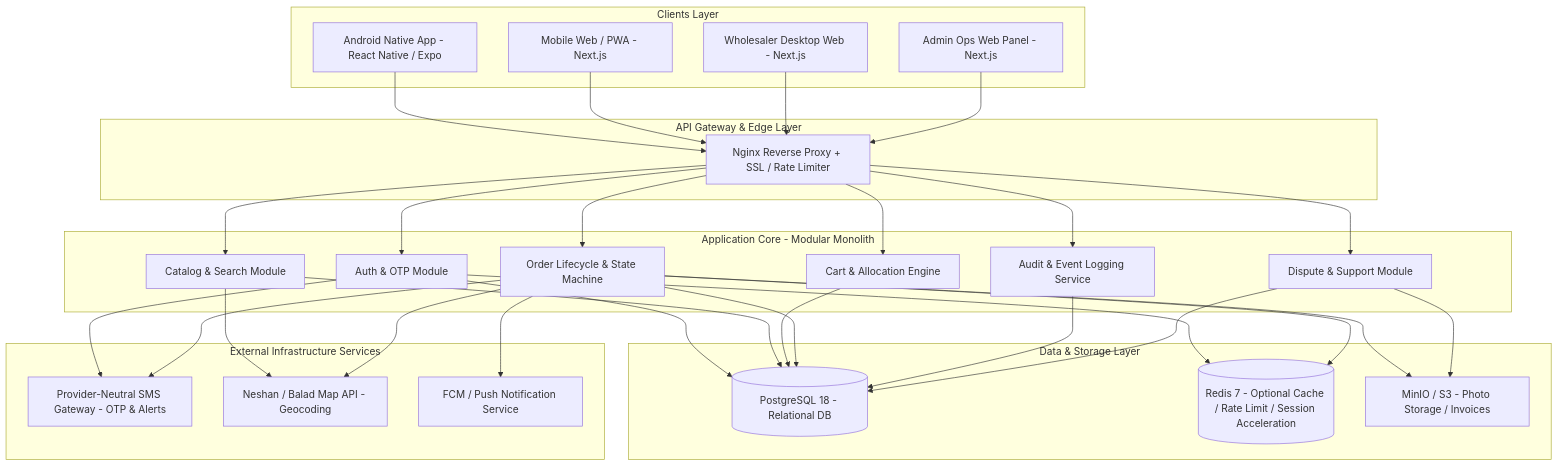
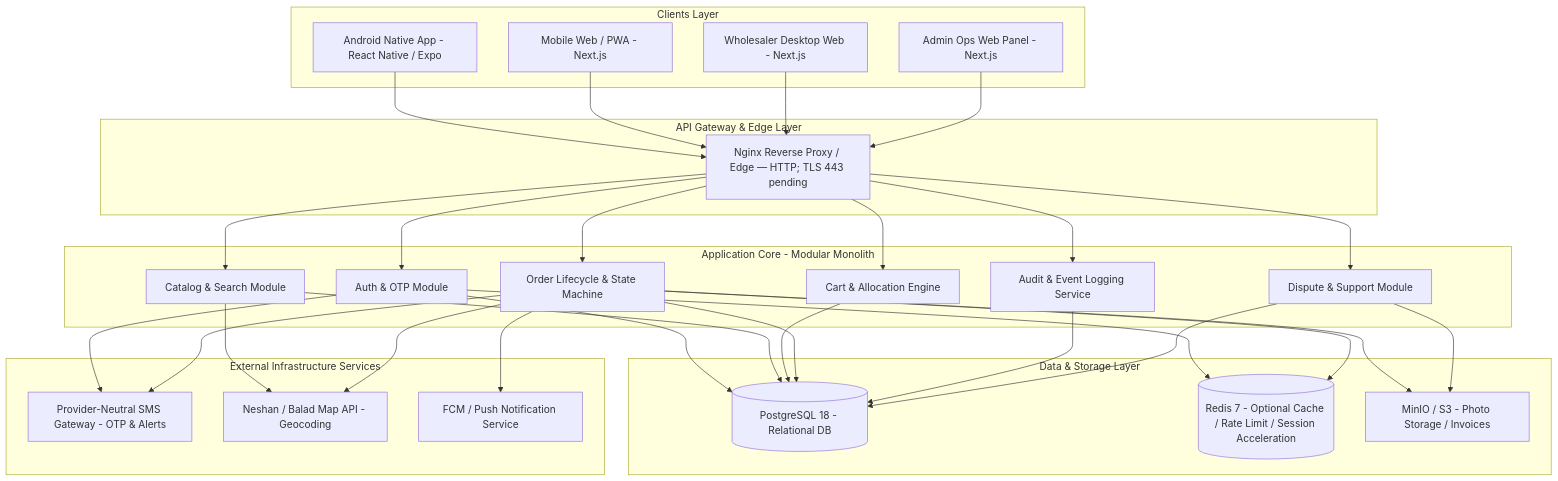
One commit to rrasi90/POL-2.3 changed the first of 2 diagrams in 06_PRODUCT/Technical_Architecture_Spec.md. Above: the diagram before and after it, drawn with Mermaid. The commit also changed other lines of this file, not shown here.

Commit message:
docs: reconcile technical architecture with live VPS runtime

````diff
--- a/06_PRODUCT/Technical_Architecture_Spec.md
+++ b/06_PRODUCT/Technical_Architecture_Spec.md
@@ -11,43 +11,43 @@
 ```mermaid
 flowchart TD
     subgraph Clients Layer
         A1[Android Native App - React Native / Expo]
         A2[Mobile Web / PWA - Next.js]
         A3[Wholesaler Desktop Web - Next.js]
         A4[Admin Ops Web Panel - Next.js]
     end
 
     subgraph API Gateway & Edge Layer
-        B1[Nginx Reverse Proxy + SSL / Rate Limiter]
+        B1[Nginx Reverse Proxy / Edge — HTTP; TLS 443 pending]
     end
 
     subgraph Application Core - Modular Monolith
         C1[Auth & OTP Module]
         C2[Catalog & Search Module]
         C3[Cart & Allocation Engine]
         C4[Order Lifecycle & State Machine]
         C5[Audit & Event Logging Service]
         C6[Dispute & Support Module]
     end
 
     subgraph Data & Storage Layer
         D1[(PostgreSQL 18 - Relational DB)]
         D2[(Redis 7 - Optional Cache / Rate Limit / Session Acceleration)]
         D3[MinIO / S3 - Photo Storage / Invoices]
     end
 
     subgraph External Infrastructure Services
         E1[Provider-Neutral SMS Gateway - OTP & Alerts]
         E2[Neshan / Balad Map API - Geocoding]
         E3[FCM / Push Notification Service]
     end
 
     A1 & A2 & A3 & A4 --> B1
     B1 --> C1 & C2 & C3 & C4 & C5 & C6
     C1 & C2 & C3 & C4 & C5 & C6 --> D1
     C1 & C4 --> D2
     C4 & C6 --> D3
     C1 & C4 --> E1
     C2 & C4 --> E2
     C4 --> E3
 ```
````
